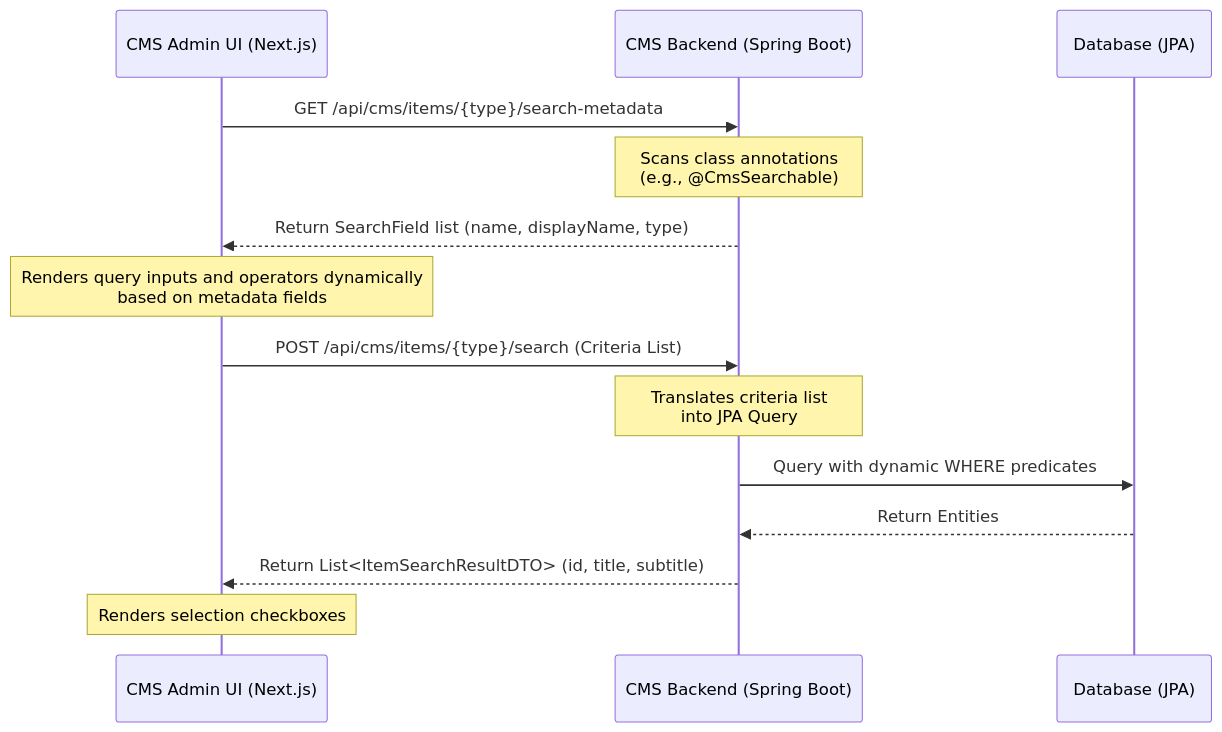
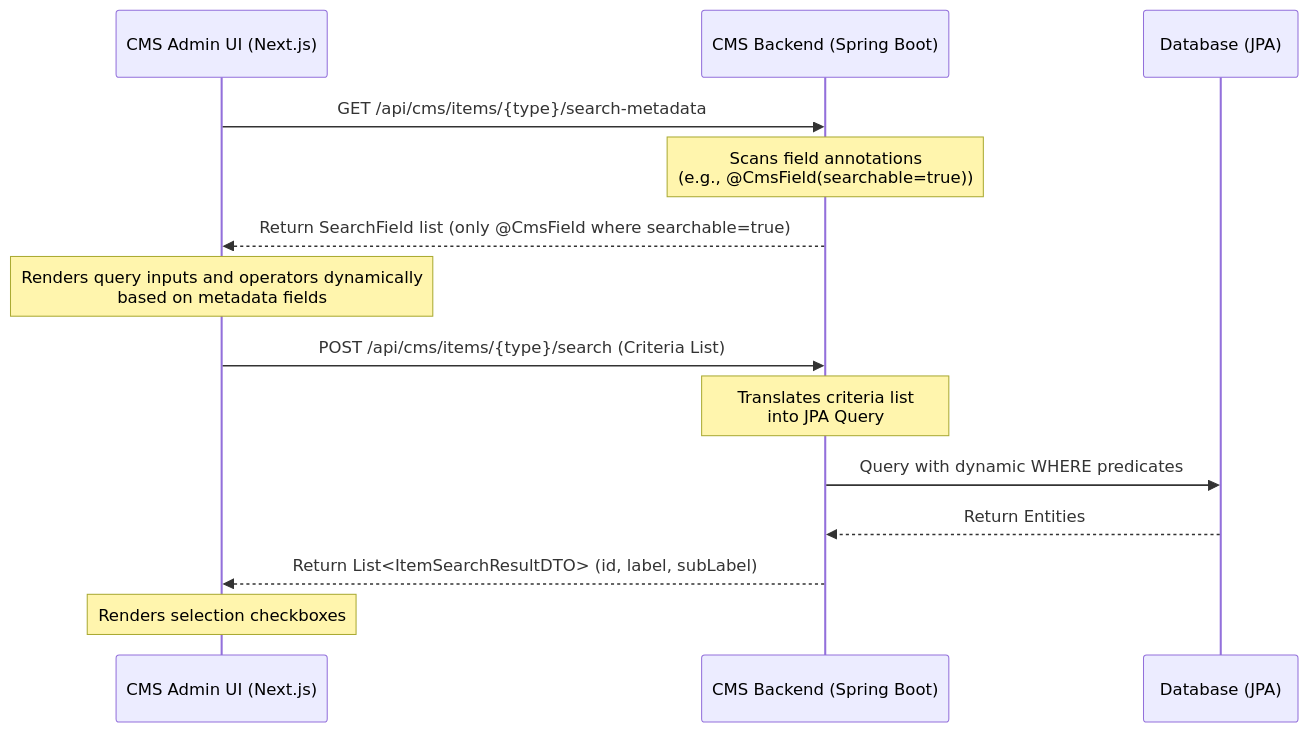
Before and after one commit to adiputera/adiputera.github.io: the diagram in _articles/case-study-headless-cms-demo-part-2.md, drawn with Mermaid. The commit also changed other lines of this file and 2 other files, not shown here.

````diff
--- a/_articles/case-study-headless-cms-demo-part-2.md
+++ b/_articles/case-study-headless-cms-demo-part-2.md
@@ -53,20 +53,20 @@
 ```mermaid
 sequenceDiagram
     participant UI as CMS Admin UI (Next.js)
     participant API as CMS Backend (Spring Boot)
     participant DB as Database (JPA)
 
     UI->>API: GET /api/cms/items/{type}/search-metadata
-    Note over API: Scans class annotations<br/>(e.g., @CmsSearchable)
-    API-->>UI: Return SearchField list (name, displayName, type)
+    Note over API: Scans field annotations<br/>(e.g., @CmsField(searchable=true))
+    API-->>UI: Return SearchField list (only @CmsField where searchable=true)
     
     Note over UI: Renders query inputs and operators dynamically<br/>based on metadata fields
     
     UI->>API: POST /api/cms/items/{type}/search (Criteria List)
     Note over API: Translates criteria list<br/>into JPA Query
     API->>DB: Query with dynamic WHERE predicates
     DB-->>API: Return Entities
-    API-->>UI: Return List<ItemSearchResultDTO> (id, title, subtitle)
+    API-->>UI: Return List<ItemSearchResultDTO> (id, label, subLabel)
     
     Note over UI: Renders selection checkboxes
 ```
````
